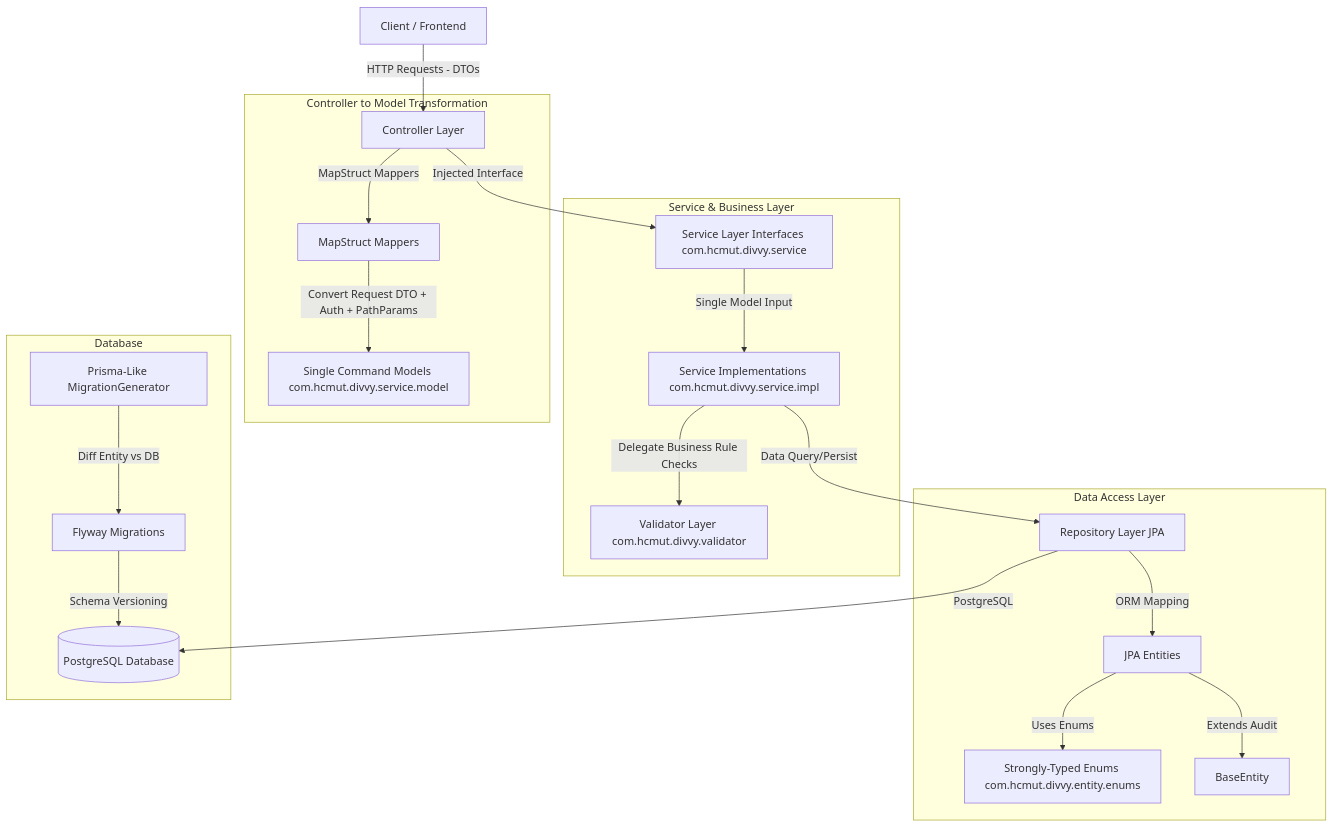
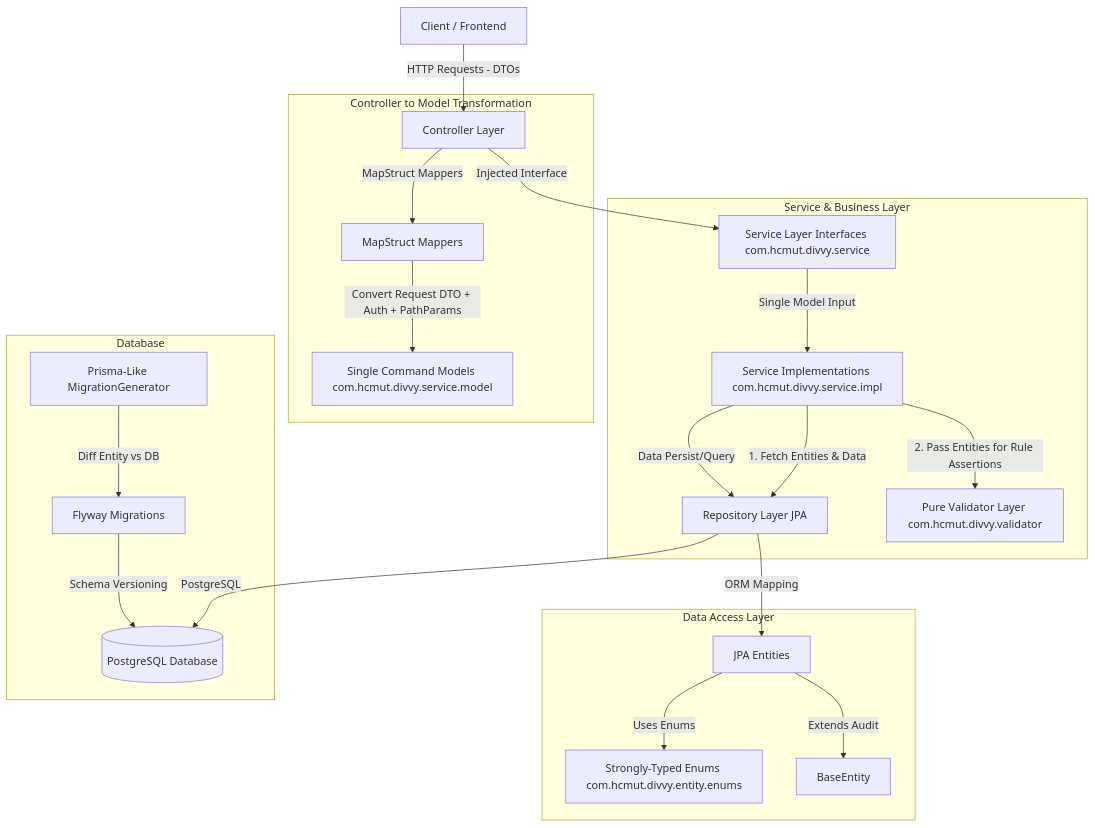
Before and after one commit to Khoi-Nghiep-HK253/backend: the diagram in ARCHITECTURE.md, drawn with Mermaid. The commit also changed other lines of this file and 12 other files, not shown here.

Commit message:
feat: implement core domain validators and service layer business logic for authentication, groups, and invitations

````diff
--- a/ARCHITECTURE.md
+++ b/ARCHITECTURE.md
@@ -11,28 +11,29 @@
 ```mermaid
 graph TD
     Client[Client / Frontend] -->|HTTP Requests - DTOs| Controllers[Controller Layer]
     
     subgraph Controller to Model Transformation
         Controllers -->|MapStruct Mappers| Mappers[MapStruct Mappers]
         Mappers -->|Convert Request DTO + Auth + PathParams| Models[Single Command Models com.hcmut.divvy.service.model]
     end
 
     subgraph Service & Business Layer
         Controllers -->|Injected Interface| Services[Service Layer Interfaces com.hcmut.divvy.service]
         Services -->|Single Model Input| ServiceImpls[Service Implementations com.hcmut.divvy.service.impl]
-        ServiceImpls -->|Delegate Business Rule Checks| Validators[Validator Layer com.hcmut.divvy.validator]
+        ServiceImpls -->|1. Fetch Entities & Data| Repositories[Repository Layer JPA]
+        ServiceImpls -->|2. Pass Entities for Rule Assertions| Validators[Pure Validator Layer com.hcmut.divvy.validator]
     end
     
     subgraph Data Access Layer
-        ServiceImpls -->|Data Query/Persist| Repositories[Repository Layer JPA]
+        ServiceImpls -->|Data Persist/Query| Repositories
         Repositories -->|ORM Mapping| Entities[JPA Entities]
         Entities -->|Uses Enums| Enums[Strongly-Typed Enums com.hcmut.divvy.entity.enums]
         Entities -->|Extends Audit| BaseEntity[BaseEntity]
     end
 
     subgraph Database
         Repositories -->|PostgreSQL| DB[(PostgreSQL Database)]
         Flyway[Flyway Migrations] -->|Schema Versioning| DB
         MigrationGen[Prisma-Like MigrationGenerator] -->|Diff Entity vs DB| Flyway
     end
 ```
````
